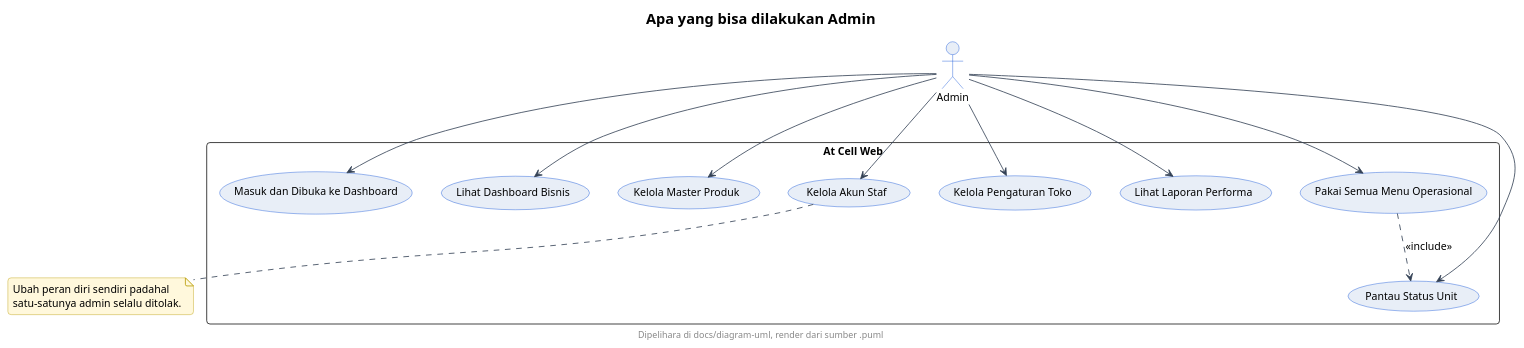
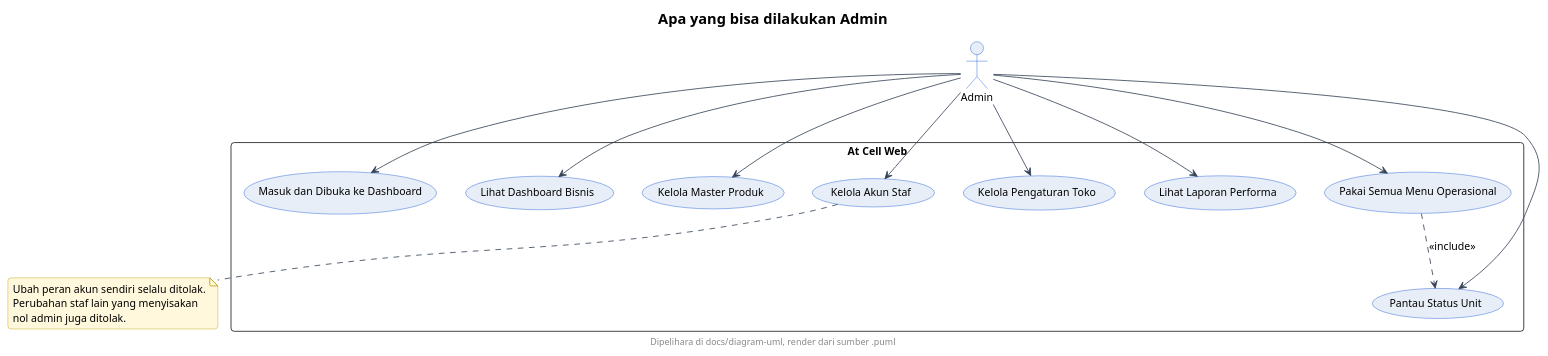
One commit to neiaki/KP changed the diagram in docs/diagram-uml/admin/usecase-admin.puml. Above: the diagram before and after it, drawn with PlantUML. The commit also changed 39 other files, not shown here.

```diff
--- a/docs/diagram-uml/admin/usecase-admin.puml
+++ b/docs/diagram-uml/admin/usecase-admin.puml
@@ -1,69 +1,70 @@
 @startuml
 ' --- gaya At Cell (inline, mandiri utk server publik) ---
 skinparam backgroundColor #FFFFFF
 skinparam shadowing false
 skinparam roundcorner 8
 skinparam defaultFontName sans-serif
 skinparam defaultFontSize 13
 skinparam titleFontSize 18
 skinparam titleFontStyle bold
 skinparam headerFontSize 11
 skinparam footerFontSize 11
 skinparam noteBackgroundColor #FFF8DC
 skinparam noteBorderColor #B89B00
 skinparam actorBackgroundColor #E8EEF7
 skinparam actorBorderColor #0B4ED8
 skinparam participantBackgroundColor #E8EEF7
 skinparam participantBorderColor #0B4ED8
 skinparam usecaseBackgroundColor #E8EEF7
 skinparam usecaseBorderColor #0B4ED8
 skinparam classBackgroundColor #E8EEF7
 skinparam classBorderColor #0B4ED8
 skinparam objectBackgroundColor #EEF3FA
 skinparam objectBorderColor #0B4ED8
 skinparam activityBackgroundColor #E8EEF7
 skinparam activityBorderColor #0B4ED8
 skinparam activityDiamondBackgroundColor #FFFFFF
 skinparam activityDiamondBorderColor #0B4ED8
 skinparam stateBackgroundColor #E8EEF7
 skinparam stateBorderColor #0B4ED8
 skinparam stateStartColor #0B4ED8
 skinparam stateEndColor #0B4ED8
 skinparam componentBackgroundColor #E8EEF7
 skinparam componentBorderColor #0B4ED8
 skinparam cloudBackgroundColor #F2F5FA
 skinparam cloudBorderColor #5B6B82
 skinparam databaseBackgroundColor #E8EEF7
 skinparam databaseBorderColor #0B4ED8
 skinparam entityBackgroundColor #E8EEF7
 skinparam entityBorderColor #0B4ED8
 skinparam sequenceArrowColor #334155
 skinparam sequenceLifeLineBorderColor #0B4ED8
 skinparam sequenceParticipantBorderColor #0B4ED8
 footer Dipelihara di docs/diagram-uml, render dari sumber .puml
 title Apa yang bisa dilakukan Admin
 actor Admin as A
 rectangle "At Cell Web" {
   usecase "Masuk dan Dibuka ke Dashboard" as MasukDash
   usecase "Lihat Dashboard Bisnis" as LihatDash
   usecase "Kelola Master Produk" as KelolaProduk
   usecase "Kelola Akun Staf" as KelolaStaf
   usecase "Kelola Pengaturan Toko" as KelolaToko
   usecase "Lihat Laporan Performa" as LihatLaporan
   usecase "Pantau Status Unit" as PantauUnit
   usecase "Pakai Semua Menu Operasional" as PakaiSemua
 }
 A --> MasukDash
 A --> LihatDash
 A --> KelolaProduk
 A --> KelolaStaf
 A --> KelolaToko
 A --> LihatLaporan
 A --> PantauUnit
 A --> PakaiSemua
 PakaiSemua ..> PantauUnit : <<include>>
 note bottom of KelolaStaf
-  Ubah peran diri sendiri padahal
-  satu-satunya admin selalu ditolak.
+  Ubah peran akun sendiri selalu ditolak.
+  Perubahan staf lain yang menyisakan
+  nol admin juga ditolak.
 end note
 @enduml
```
